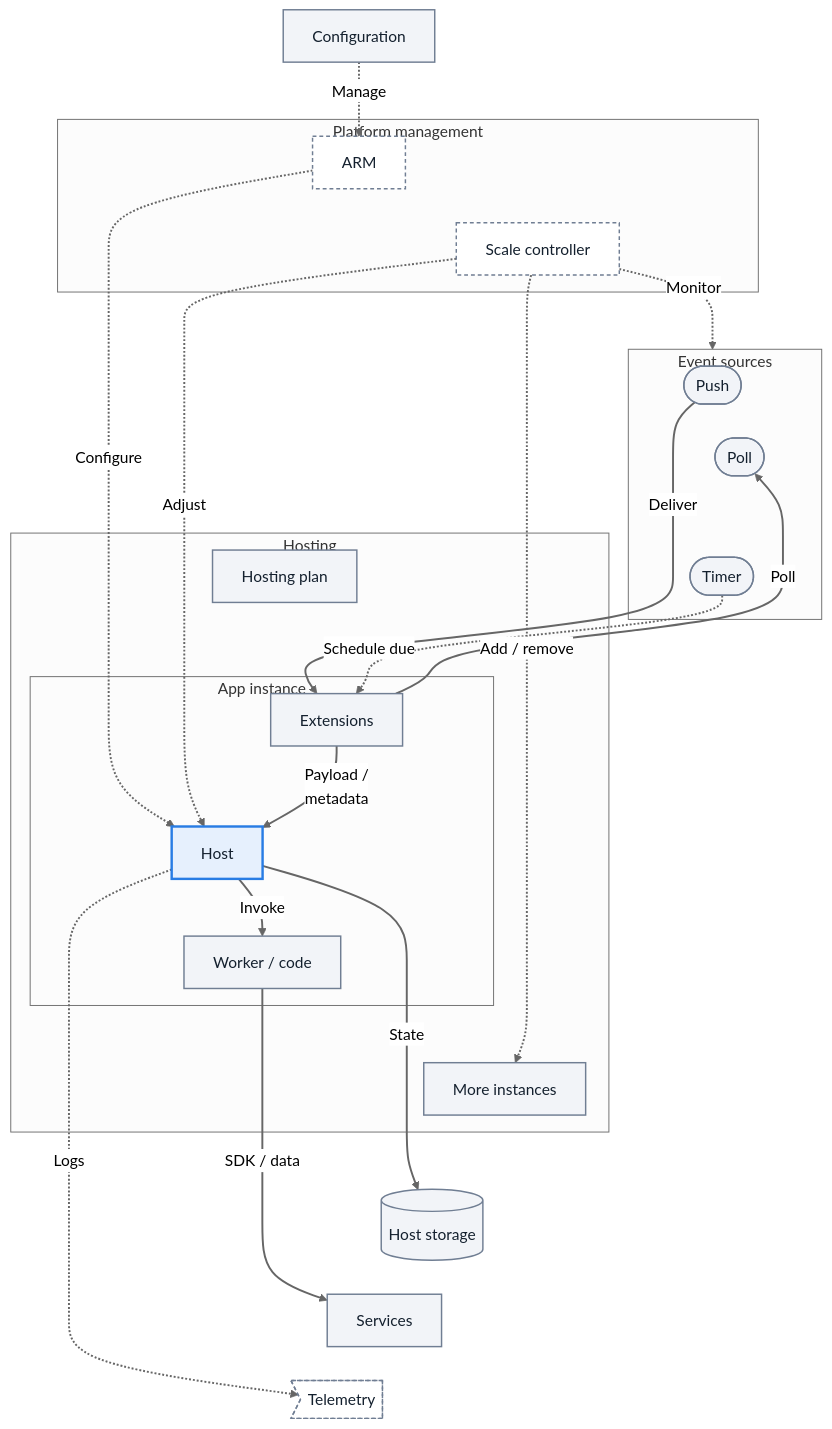
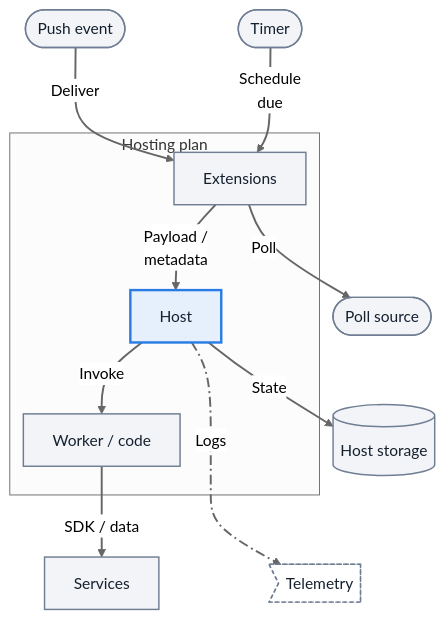
Before and after one commit to yeongseon/azure-functions-practical-guide: the first of 9 diagrams in docs/platform/architecture/index.md, drawn with Mermaid (neutral theme). The commit also changed other lines of this file and 2 other files, not shown here.

Commit message:
docs(diagrams): separate Functions host invocation, configuration and scale-control arrows (#582)

````diff
--- a/docs/platform/architecture/index.md
+++ b/docs/platform/architecture/index.md
@@ -165,60 +168,35 @@
 ```mermaid
-%%{init: {'flowchart': {'nodeSpacing': 15, 'rankSpacing': 35}}}%%
+%%{init: {'flowchart': {'nodeSpacing': 8, 'rankSpacing': 40}}}%%
 flowchart TD
     accTitle: How do events, hosting and runtime roles fit together?
-    accDescr: General Functions mental model with HTTP, timers, queues, blobs and Event Grid. Hosting contains a logical app instance with host, extensions and worker plus additional scaled instances. ARM manages configuration separately from platform scaling; polling, push delivery and timer schedules are distinct.
-    subgraph Management["Platform management"]
-        control_plane["ARM"]
-        scale_controller["Scale controller"]
-        %% Layout-only: stack management roles, not an ARM-to-scaling request.
-        control_plane ~~~ scale_controller
-    end
-    Config["Configuration"]
-    subgraph Events["Event sources"]
-        client(["Push"])
-        poll_source(["Poll"])
-        timer_source(["Timer"])
-        %% Layout-only: mechanism list, not event forwarding.
-        client ~~~ poll_source
-        poll_source ~~~ timer_source
-    end
-    subgraph Plan["Hosting"]
-        hosting_plan["Hosting plan"]
-        subgraph Instance["App instance"]
-            trigger_listener["Extensions"]
-            app_runtime["Host"]
-            language_worker["Worker / code"]
-        end
-        InstanceN["More instances"]
-        %% Layout-only: plan and scale-out context stay inside Hosting.
-        hosting_plan ~~~ trigger_listener
-        language_worker ~~~ InstanceN
+    accDescr: General Functions invocation and data path, illustrative and not a measured trace. A push event is delivered to trigger extensions and a timer schedule becomes due; for polled sources the extensions poll the source. Extensions pass payload and metadata to the host, which invokes the language worker, keeps state in host storage and sends logs to telemetry off the invocation path. The worker calls downstream services. Configuration and scale control are shown in the next figure.
+    timer_source(["Timer"])
+    client(["Push event"])
+    poll_source(["Poll source"])
+    subgraph Instance["Hosting plan"]
+        trigger_listener["Extensions"]
+        app_runtime["Host"]
+        language_worker["Worker / code"]
     end
     storage_db[("Host storage")]
     dependency["Services"]
     telemetry>"Telemetry"]
-    Config -.->|"Manage"| control_plane
-    control_plane -.->|"Configure"| app_runtime
-    scale_controller -.->|"Monitor"| Events
-    scale_controller -.->|"Adjust"| app_runtime
-    scale_controller -.->|"Add / remove"| InstanceN
     client -->|"Deliver"| trigger_listener
     trigger_listener -->|"Poll"| poll_source
-    timer_source -.->|"Schedule due"| trigger_listener
+    timer_source -->|"Schedule<br/>due"| trigger_listener
     trigger_listener -->|"Payload /<br/>metadata"| app_runtime
     app_runtime -->|"Invoke"| language_worker
     app_runtime -->|"State"| storage_db
     language_worker -->|"SDK / data"| dependency
     app_runtime -.->|"Logs"| telemetry
-    %% Layout-only: external-resource tiers add no resource-to-resource calls.
-    InstanceN ~~~ storage_db
-    storage_db ~~~ dependency
-    dependency ~~~ telemetry
+    %% Layout-only: stack external resources, no resource-to-resource calls.
+    storage_db ~~~ telemetry
     classDef baseNeutral fill:#f2f4f8,stroke:#707e93,stroke-width:1.5px,color:#14202e;
     classDef focusActive fill:#e6f0fd,stroke:#287ce4,stroke-width:2.5px,color:#14202e;
     classDef bandMuted fill:#ffffff,stroke:#707e93,stroke-width:1.5px,stroke-dasharray:4 3,color:#14202e;
-    class client,poll_source,timer_source,language_worker,trigger_listener,hosting_plan,InstanceN,Config,storage_db,dependency baseNeutral;
+    class client,poll_source,timer_source,language_worker,trigger_listener,storage_db,dependency baseNeutral;
     class app_runtime focusActive;
-    class scale_controller,control_plane,telemetry bandMuted;
+    class telemetry bandMuted;
     linkStyle default stroke-width:2px;
+    linkStyle 7 stroke-dasharray:10 4 2 4;
 ```
````
